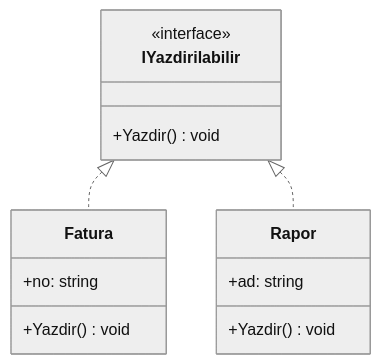
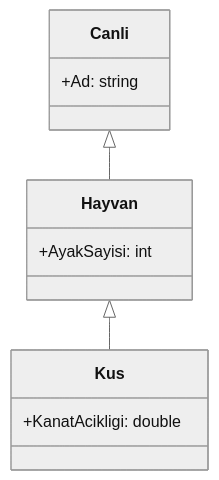
Before and after one commit to ibrahimayaz/Nesne-Yonelimli-Programlama-2025: the third of 3 diagrams in Hafta05/README.md, drawn with Mermaid (neutral theme). The commit also changed other lines of this file, not shown here.

````diff
--- a/Hafta05/README.md
+++ b/Hafta05/README.md
@@ -67,17 +152,17 @@
 ```mermaid
 classDiagram
-    class IYazdirilabilir {
-      <<interface>>
-      +Yazdir() void
+    class Canli {
+        +Ad: string
     }
-    class Fatura {
-      +no: string
-      +Yazdir() void
+
+    class Hayvan {
+        +AyakSayisi: int
     }
-    class Rapor {
-      +ad: string
-      +Yazdir() void
+
+    class Kus {
+        +KanatAcikligi: double
     }
-    IYazdirilabilir <|.. Fatura
-    IYazdirilabilir <|.. Rapor
+
+    Canli <|-- Hayvan
+    Hayvan <|-- Kus
 ```
````
